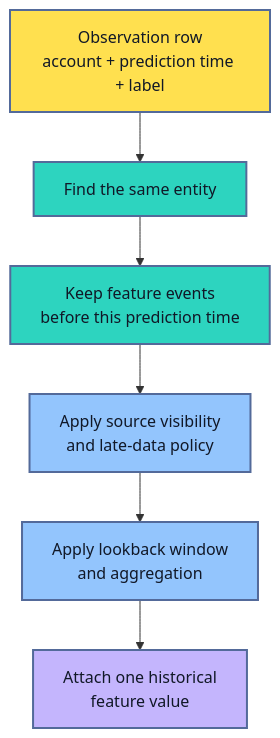
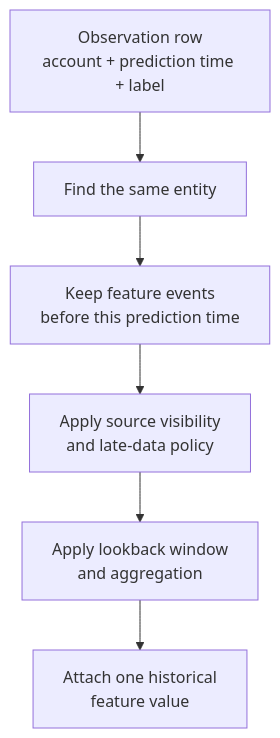
The fourth of 7 diagrams in roadmaps/mlops/modules/data-for-ml-systems/feature-management/01-feature-engineering-in-production.md (senlinyy/dev-roadmaps), drawn with Mermaid before and after one commit. The commit also changed other lines of this file and 152 other files, not shown here.

Commit message:
feat: mlops and diagrams updated

````diff
--- a/roadmaps/mlops/modules/data-for-ml-systems/feature-management/01-feature-engineering-in-production.md
+++ b/roadmaps/mlops/modules/data-for-ml-systems/feature-management/01-feature-engineering-in-production.md
@@ -299,17 +296,13 @@
 ```mermaid
 flowchart TD
     O["Observation row<br/>account + prediction time + label"] --> K["Find the same entity"]
     K --> T["Keep feature events<br/>before this prediction time"]
     T --> V["Apply source visibility<br/>and late-data policy"]
     V --> W["Apply lookback window<br/>and aggregation"]
     W --> R["Attach one historical<br/>feature value"]
 
-    classDef yellow fill:#FFE04F,stroke:#536A9A,color:#111827,stroke-width:2px;
-    classDef teal fill:#2DD4BF,stroke:#536A9A,color:#111827,stroke-width:2px;
-    classDef blue fill:#93C5FD,stroke:#536A9A,color:#111827,stroke-width:2px;
-    classDef purple fill:#C4B5FD,stroke:#536A9A,color:#111827,stroke-width:2px;
     class O yellow;
     class K,T teal;
     class V,W blue;
     class R purple;
 ```
````
